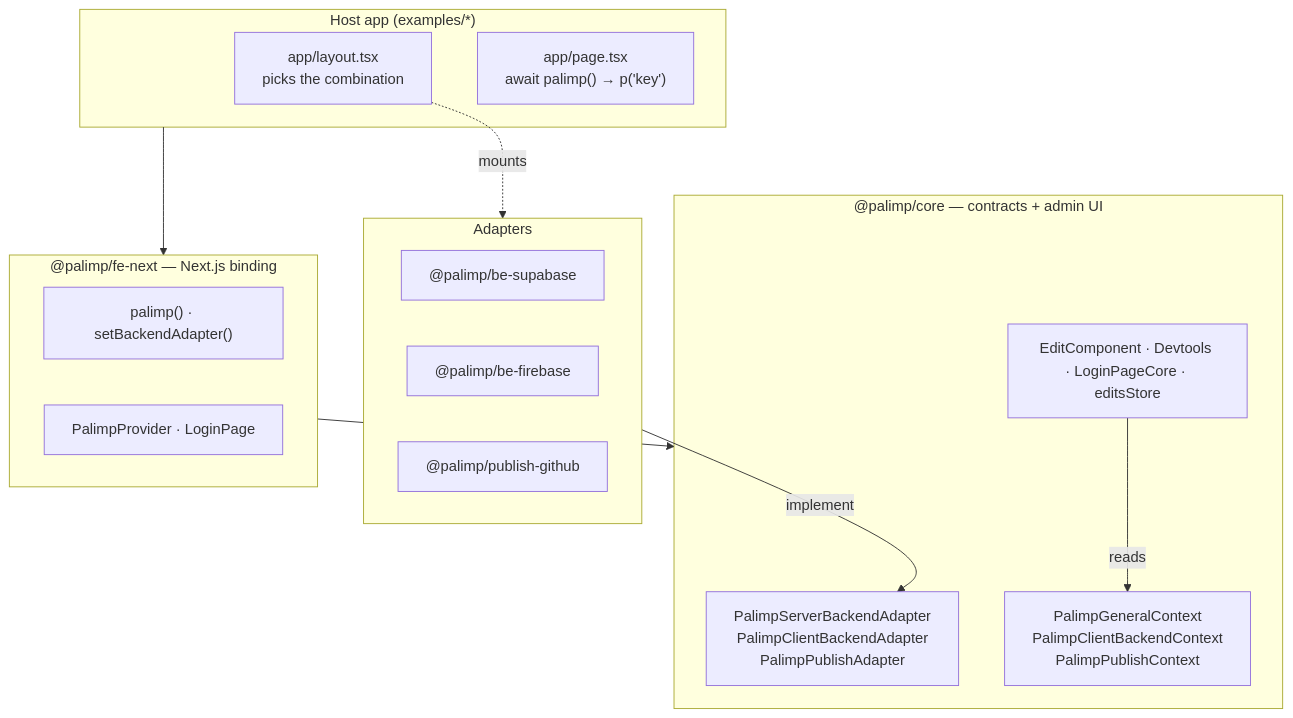
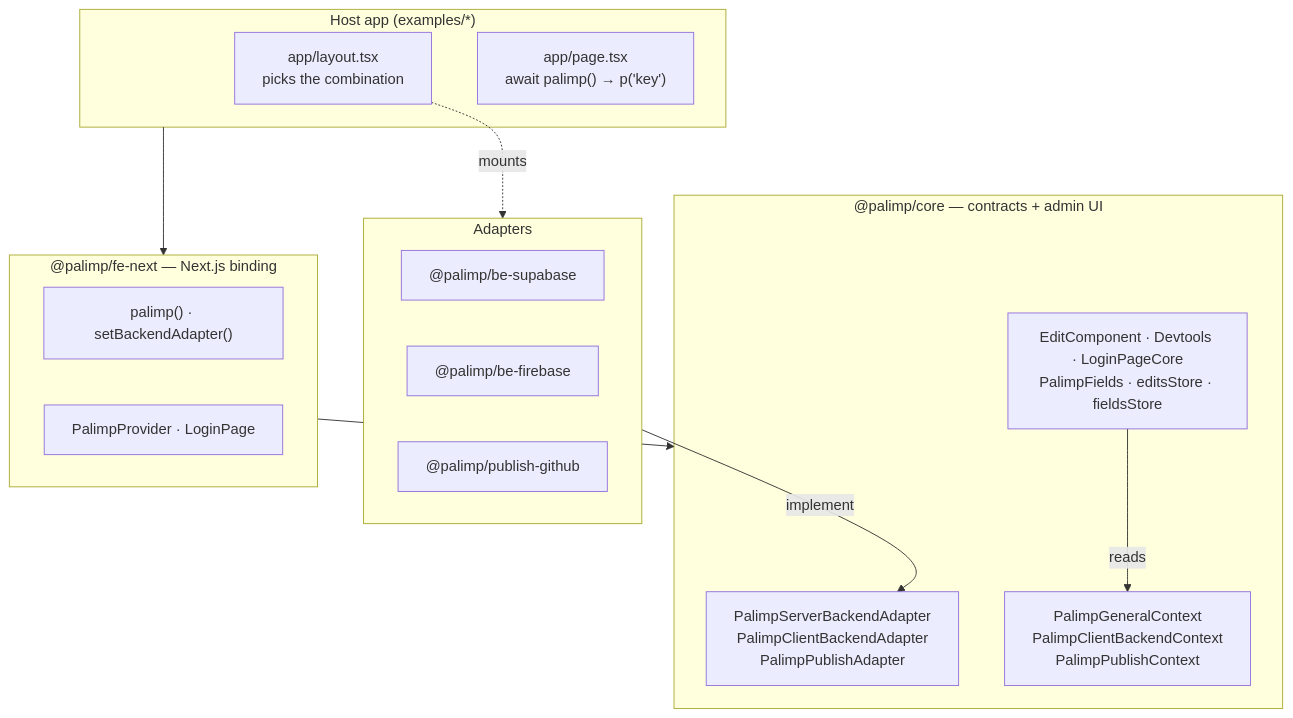
Before and after one commit to mishishishi/palimp: the first of 4 diagrams in docs/architecture.md, drawn with Mermaid. The commit also changed other lines of this file and 20 other files, not shown here.

First line of the commit message:
feat: PalimpFields for keys that are not on the page (§B2), plus §A docs

````diff
--- a/docs/architecture.md
+++ b/docs/architecture.md
@@ -27,30 +27,30 @@
 ```mermaid
 flowchart TB
     subgraph host["Host app (examples/*)"]
         layout["app/layout.tsx<br/>picks the combination"]
         page["app/page.tsx<br/>await palimp() → p('key')"]
     end
 
     subgraph fe["@palimp/fe-next — Next.js binding"]
         palimpfn["palimp() · setBackendAdapter()"]
         provider["PalimpProvider · LoginPage"]
     end
 
     subgraph core["@palimp/core — contracts + admin UI"]
         contracts["PalimpServerBackendAdapter<br/>PalimpClientBackendAdapter<br/>PalimpPublishAdapter"]
         ctx["PalimpGeneralContext<br/>PalimpClientBackendContext<br/>PalimpPublishContext"]
-        admin["EditComponent · Devtools · LoginPageCore · editsStore"]
+        admin["EditComponent · Devtools · LoginPageCore<br/>PalimpFields · editsStore · fieldsStore"]
     end
 
     subgraph impls["Adapters"]
         sb["@palimp/be-supabase"]
         fb["@palimp/be-firebase"]
         gh["@palimp/publish-github"]
     end
 
     host --> fe
     fe --> core
     layout -.mounts.-> impls
     impls -- implement --> contracts
     admin -- reads --> ctx
 ```
````
